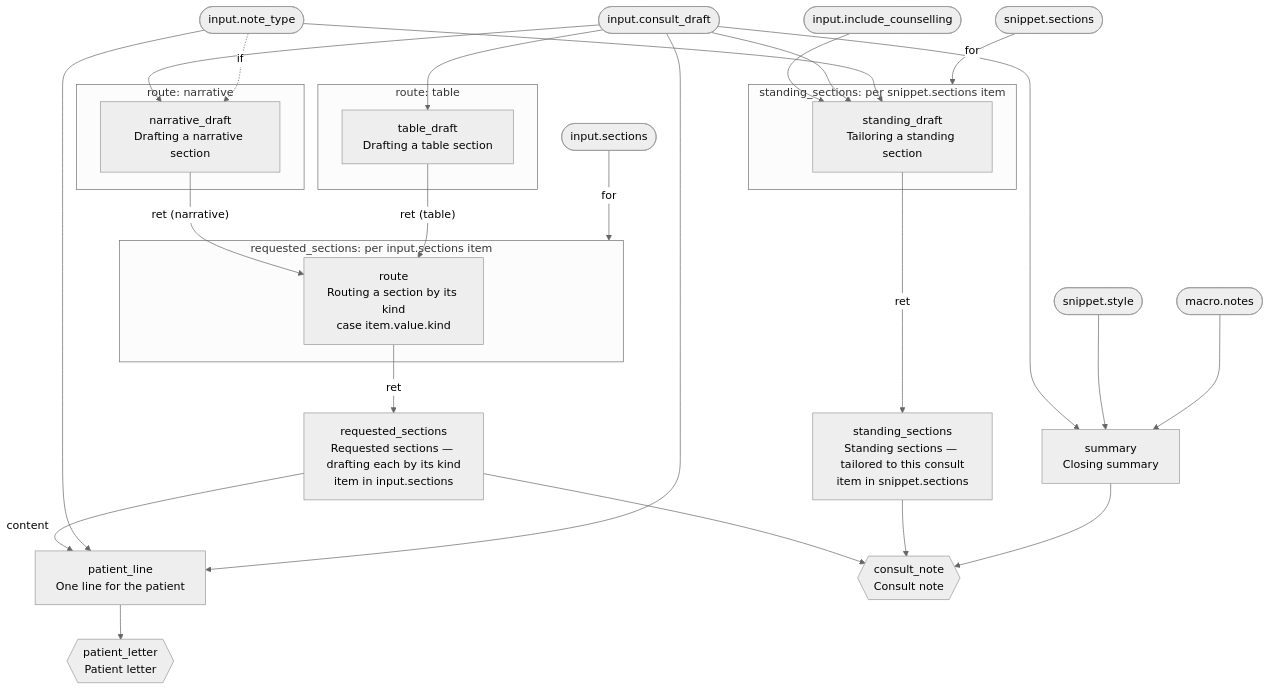
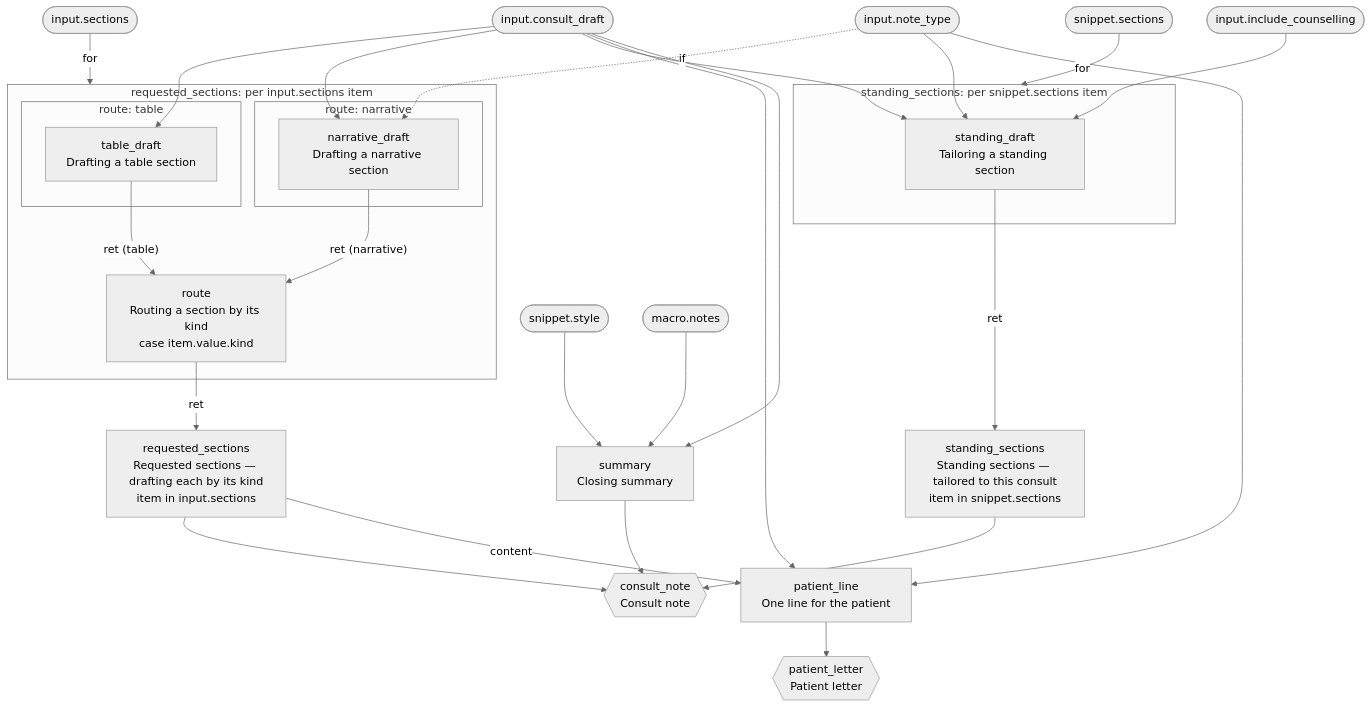
One commit to Consultologist/consultologist-workflows changed the diagram in packages/example-macros/dag.mmd. Above: the diagram before and after it, drawn with Mermaid (neutral theme). The commit also changed 1 other file, not shown here.

```diff
--- a/packages/example-macros/dag.mmd
+++ b/packages/example-macros/dag.mmd
@@ -1,54 +1,52 @@
 flowchart TD
     snippet_sections(["snippet.sections"])
     input_sections(["input.sections"])
     input_include_counselling(["input.include_counselling"])
     input_consult_draft(["input.consult_draft"])
     input_note_type(["input.note_type"])
     snippet_style(["snippet.style"])
     macro_notes(["macro.notes"])
 
     summary["summary<br/>Closing summary"]
     input_consult_draft --> summary
     snippet_style --> summary
     macro_notes --> summary
     patient_line["patient_line<br/>One line for the patient"]
     requested_sections -->|"content"| patient_line
     input_note_type --> patient_line
     input_consult_draft --> patient_line
 
-    snippet_sections -->|"for"| for_standing_sections
     subgraph for_standing_sections["standing_sections: per snippet.sections item"]
         standing_draft["standing_draft<br/>Tailoring a standing section"]
     end
     standing_sections["standing_sections<br/>Standing sections — tailored to this consult<br/>item in snippet.sections"]
-    standing_draft -->|"ret"| standing_sections
+
+    subgraph for_requested_sections["requested_sections: per input.sections item"]
+        subgraph case_route_branch_1["route: narrative"]
+            narrative_draft["narrative_draft<br/>Drafting a narrative section"]
+        end
+        subgraph case_route_branch_2["route: table"]
+            table_draft["table_draft<br/>Drafting a table section"]
+        end
+        route["route<br/>Routing a section by its kind<br/>case item.value.kind"]
+    end
+    requested_sections["requested_sections<br/>Requested sections — drafting each by its kind<br/>item in input.sections"]
     input_include_counselling --> standing_draft
     input_consult_draft --> standing_draft
     input_note_type --> standing_draft
-
-    input_sections -->|"for"| for_requested_sections
-    subgraph for_requested_sections["requested_sections: per input.sections item"]
-        route["route<br/>Routing a section by its kind"]
-    end
-    requested_sections["requested_sections<br/>Requested sections — drafting each by its kind<br/>item in input.sections"]
-    route -->|"ret"| requested_sections
-
-    subgraph case_route_branch_1["route: narrative"]
-        narrative_draft["narrative_draft<br/>Drafting a narrative section"]
-    end
-    subgraph case_route_branch_2["route: table"]
-        table_draft["table_draft<br/>Drafting a table section"]
-    end
-    route["route<br/>Routing a section by its kind<br/>case item.value.kind"]
-    narrative_draft -->|"ret (narrative)"| route
-    table_draft -->|"ret (table)"| route
+    snippet_sections -->|"for"| for_standing_sections
+    standing_draft -->|"ret"| standing_sections
     input_consult_draft --> narrative_draft
     input_note_type -.->|"if"| narrative_draft
     input_consult_draft --> table_draft
+    narrative_draft -->|"ret (narrative)"| route
+    table_draft -->|"ret (table)"| route
+    input_sections -->|"for"| for_requested_sections
+    route -->|"ret"| requested_sections
 
     result_consult_note{{"consult_note<br/>Consult note"}}
     requested_sections --> result_consult_note
     standing_sections --> result_consult_note
     summary --> result_consult_note
     result_patient_letter{{"patient_letter<br/>Patient letter"}}
     patient_line --> result_patient_letter
```
